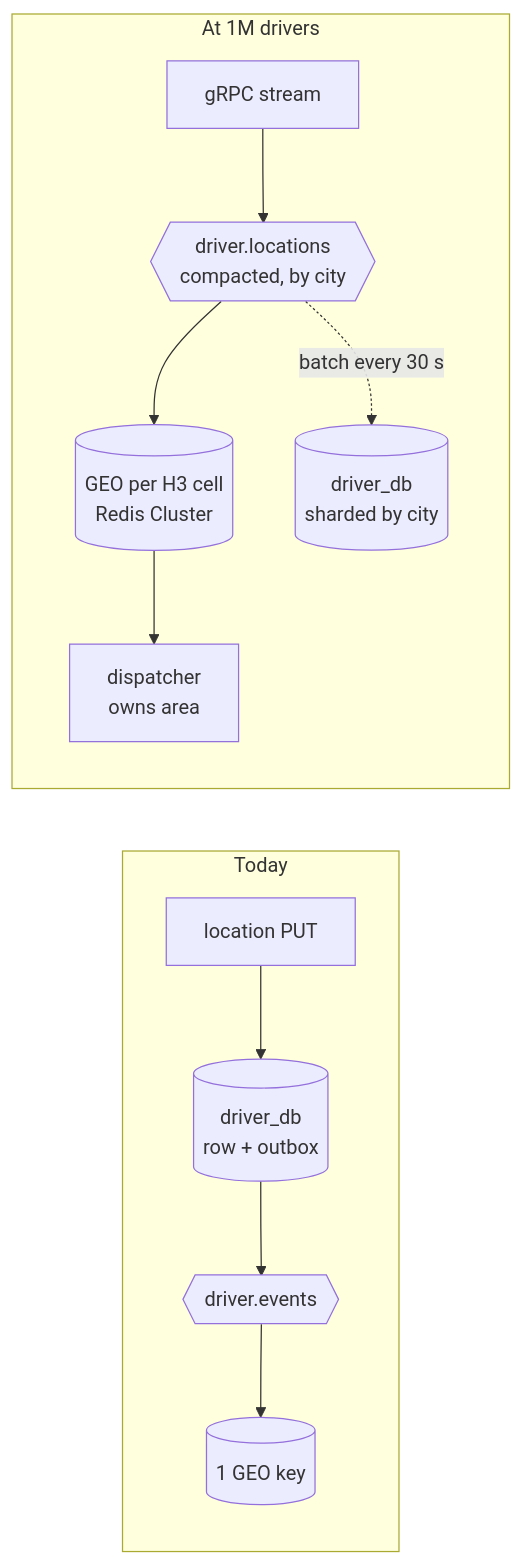
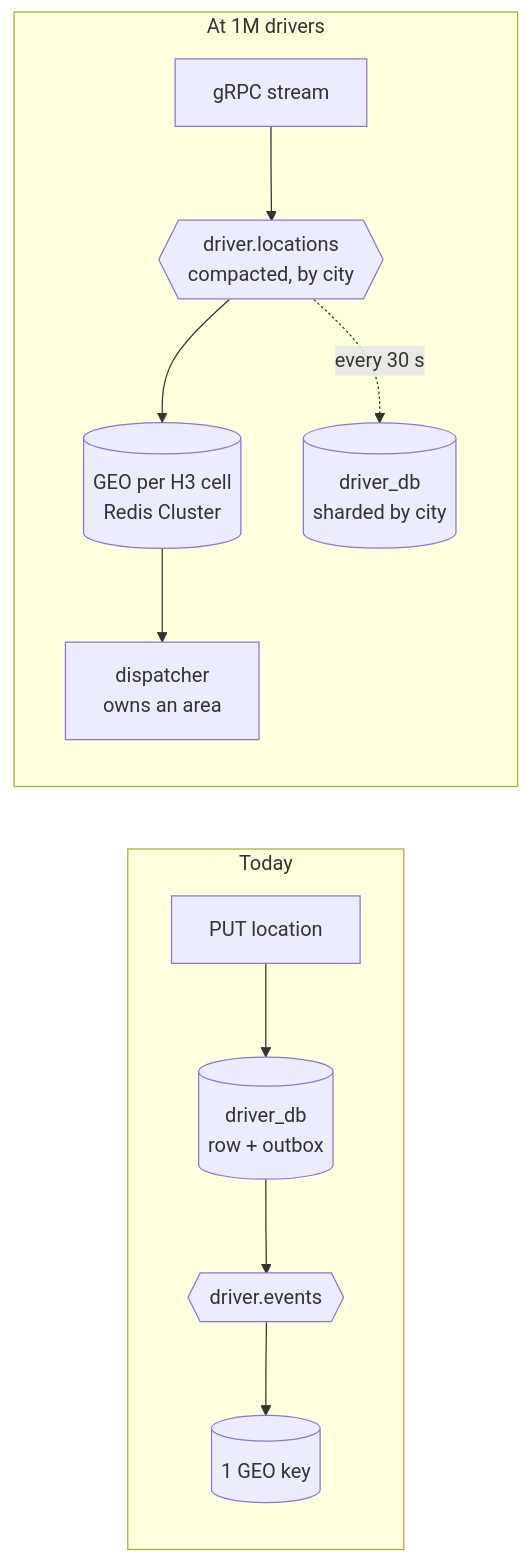
Before and after one commit to khoaphan-tw/coding-challenges-demo: diagram 15 of 15 in coding-challenge-3/kvp/demo/presentation.md, drawn with Mermaid. The commit also changed other lines of this file and 4 other files, not shown here.

````diff
--- a/coding-challenge-3/kvp/demo/presentation.md
+++ b/coding-challenge-3/kvp/demo/presentation.md
@@ -622,11 +968,11 @@
 ```mermaid
 flowchart LR
     subgraph today[Today]
-      L1[location PUT] --> PG1[(driver_db<br/>row + outbox)] --> K1{{driver.events}} --> G1[(1 GEO key)]
+      L1[PUT location] --> PG1[(driver_db<br/>row + outbox)] --> K1{{driver.events}} --> G1[(1 GEO key)]
     end
     subgraph scaled[At 1M drivers]
       L2[gRPC stream] --> K2{{driver.locations<br/>compacted, by city}} --> G2[(GEO per H3 cell<br/>Redis Cluster)]
-      K2 -. batch every 30 s .-> PG2[(driver_db<br/>sharded by city)]
-      G2 --> D2[dispatcher<br/>owns area]
+      K2 -. every 30 s .-> PG2[(driver_db<br/>sharded by city)]
+      G2 --> D2[dispatcher<br/>owns an area]
     end
 ```
````
